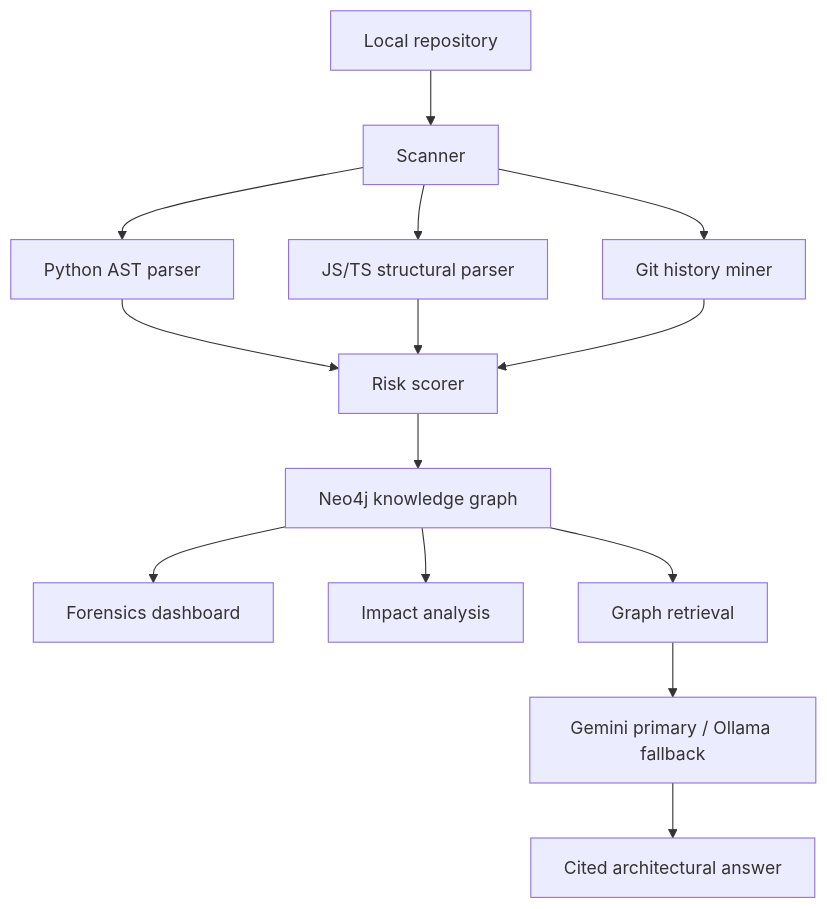
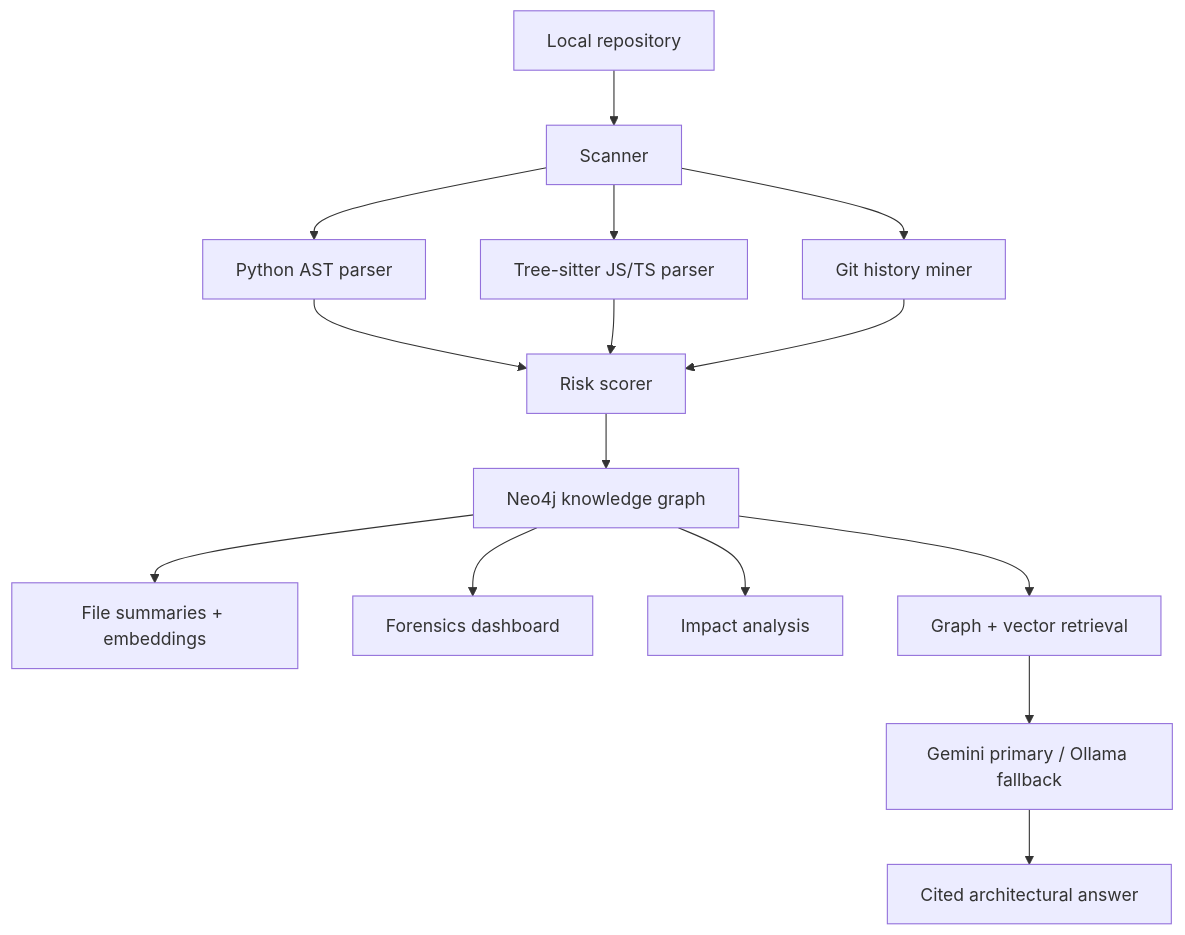
The diagram in docs/architecture.md (mahinigam/codebase-cartographer), drawn with Mermaid before and after one commit. The commit also changed other lines of this file and 34 other files, not shown here.

````diff
--- a/docs/architecture.md
+++ b/docs/architecture.md
@@ -5,16 +5,17 @@
 ```mermaid
 flowchart TD
     A["Local repository"] --> B["Scanner"]
     B --> C["Python AST parser"]
-    B --> D["JS/TS structural parser"]
+    B --> D["Tree-sitter JS/TS parser"]
     B --> E["Git history miner"]
     C --> F["Risk scorer"]
     D --> F
     E --> F
     F --> G["Neo4j knowledge graph"]
-    G --> H["Forensics dashboard"]
-    G --> I["Impact analysis"]
-    G --> J["Graph retrieval"]
-    J --> K["Gemini primary / Ollama fallback"]
-    K --> L["Cited architectural answer"]
+    G --> H["File summaries + embeddings"]
+    G --> I["Forensics dashboard"]
+    G --> J["Impact analysis"]
+    G --> K["Graph + vector retrieval"]
+    K --> L["Gemini primary / Ollama fallback"]
+    L --> M["Cited architectural answer"]
 ```
````
